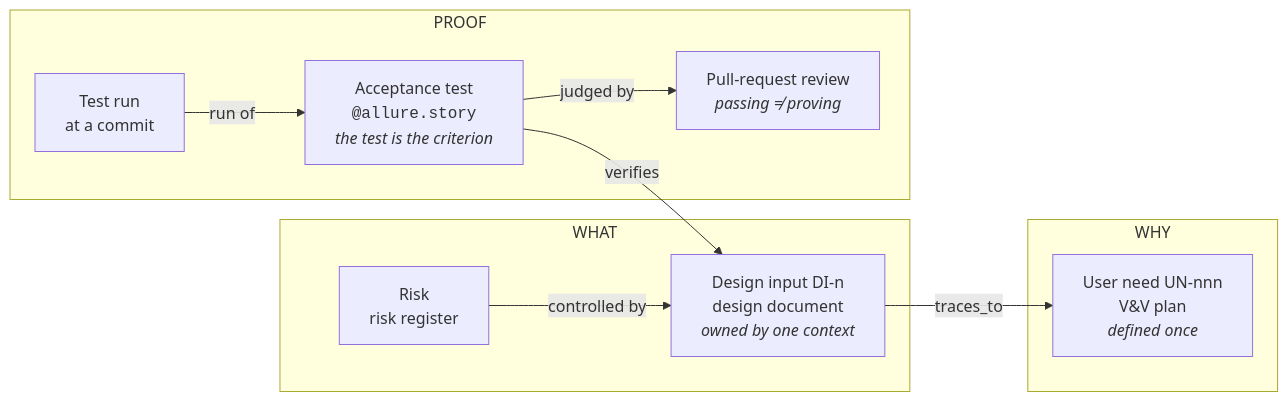
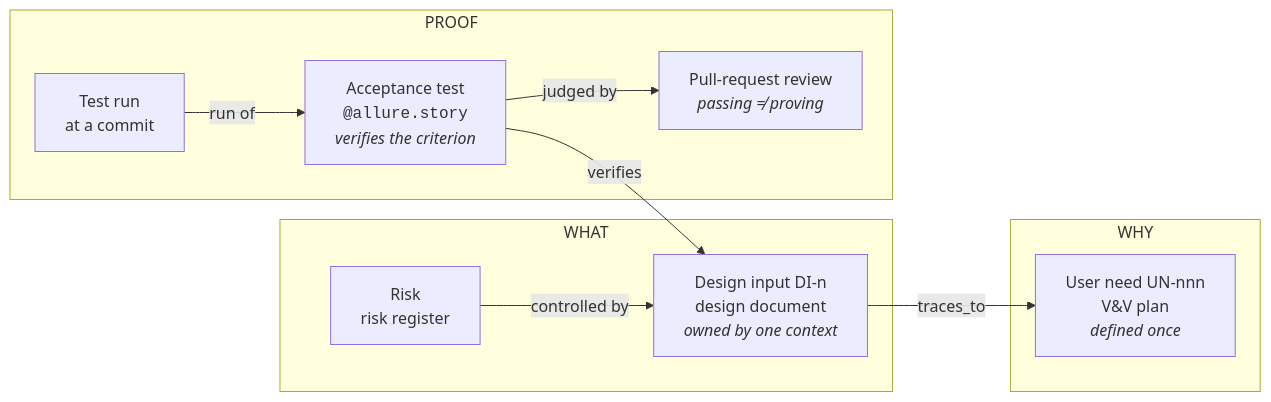
The first of 3 diagrams in docs/record-first-architecture.md (scope-impact/rdm), drawn with Mermaid before and after one commit. The commit also changed 29 other files, not shown here.

````diff
--- a/docs/record-first-architecture.md
+++ b/docs/record-first-architecture.md
@@ -34,20 +34,20 @@
 ```mermaid
 flowchart LR
     subgraph why["WHY"]
         UN["User need UN-nnn<br>V&V plan<br><i>defined once</i>"]
     end
     subgraph what["WHAT"]
         DI["Design input DI-n<br>design document<br><i>owned by one context</i>"]
         RISK["Risk<br>risk register"]
     end
     subgraph proof["PROOF"]
-        TEST["Acceptance test<br><code>@allure.story</code><br><i>the test is the criterion</i>"]
+        TEST["Acceptance test<br><code>@allure.story</code><br><i>verifies the criterion</i>"]
         RUN["Test run<br>at a commit"]
         PR["Pull-request review<br><i>passing ≠ proving</i>"]
     end
     DI -- "traces_to" --> UN
     RISK -- "controlled by" --> DI
     TEST -- "verifies" --> DI
     RUN -- "run of" --> TEST
     TEST -- "judged by" --> PR
 ```
````
